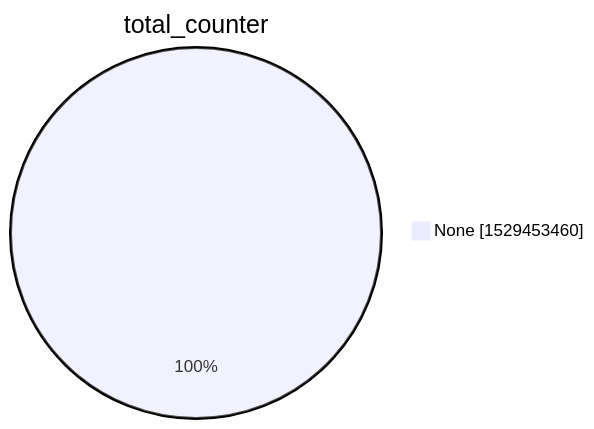
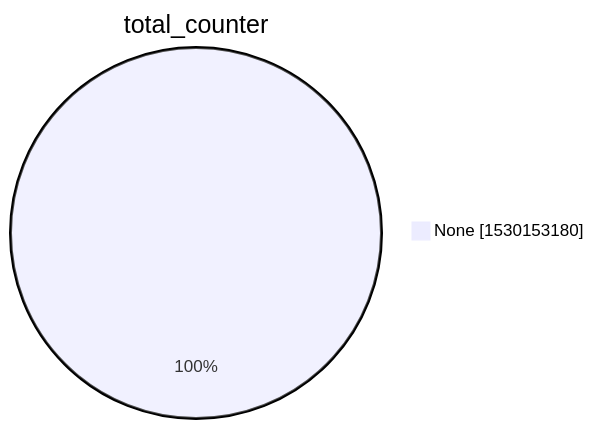
One commit to christiankrug/ctmonitor_visualization changed the second of 15 diagrams in xenon2022/README.md. Above: the diagram before and after it, drawn with Mermaid. The commit also changed other lines of this file, not shown here.

````diff
--- a/xenon2022/README.md
+++ b/xenon2022/README.md
@@ -9,5 +9,5 @@
 ```mermaid
 pie showData
 title total_counter
-"None" :1529453460
+"None" :1530153180
 ```
````
